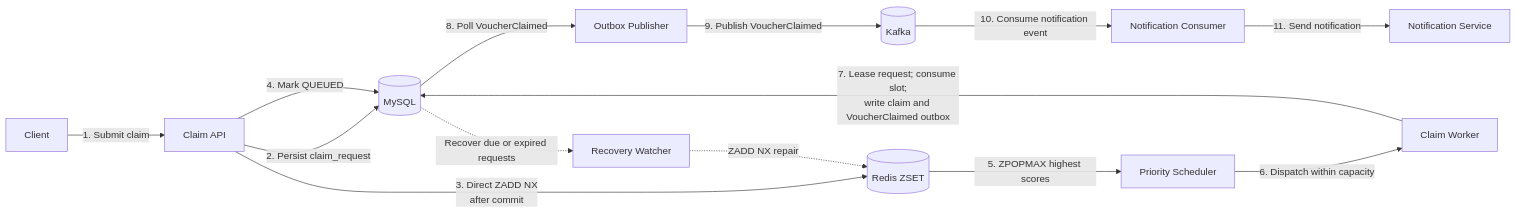
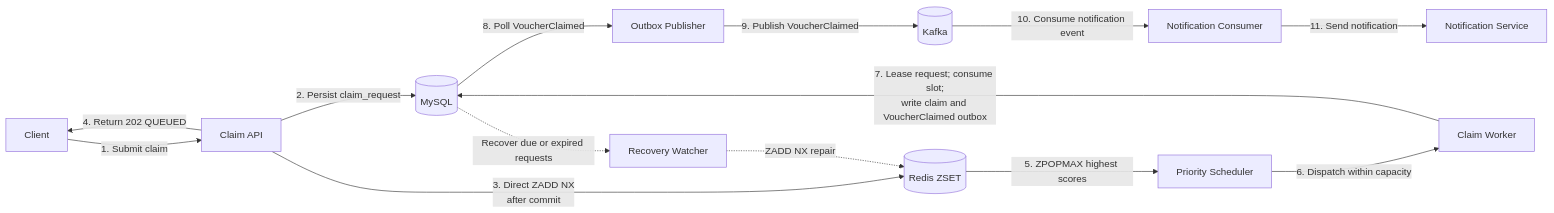
One commit to PhamDinhDuy-2508/Voucher-claim-system changed the diagram in README.md. Above: the diagram before and after it, drawn with Mermaid. The commit also changed other lines of this file and 5 other files, not shown here.

````diff
--- a/README.md
+++ b/README.md
@@ -43,16 +43,16 @@
 ```mermaid
 flowchart LR
     C[Client] -->|1. Submit claim| API[Claim API]
     API -->|2. Persist claim_request| DB[(MySQL)]
     API -->|3. Direct ZADD NX<br/>after commit| R[(Redis ZSET)]
-    API -->|4. Mark QUEUED| DB
+    API -->|4. Return 202 QUEUED| C
     R -->|5. ZPOPMAX highest scores| PS[Priority Scheduler]
     PS -->|6. Dispatch within capacity| CW[Claim Worker]
     CW -->|7. Lease request; consume slot;<br/>write claim and VoucherClaimed outbox| DB
     DB -->|8. Poll VoucherClaimed| OP[Outbox Publisher]
     OP -->|9. Publish VoucherClaimed| K[(Kafka)]
     K -->|10. Consume notification event| NC[Notification Consumer]
     NC -->|11. Send notification| NS[Notification Service]
     DB -. Recover due or expired requests .-> RW[Recovery Watcher]
     RW -. ZADD NX repair .-> R
 ```
````
